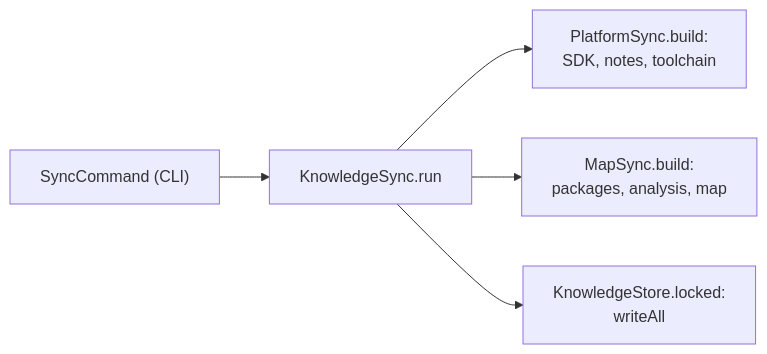
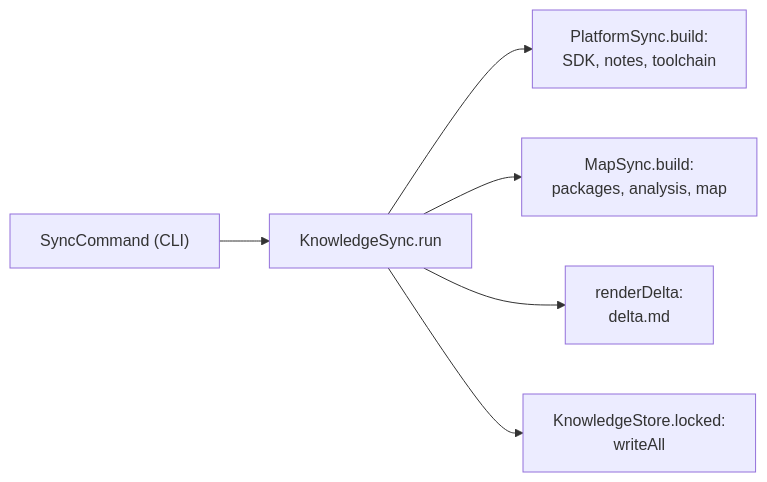
One commit to UTTAM-VAGHASIA/appstein changed the diagram in docs/guide/knowledge-store.md. Above: the diagram before and after it, drawn with Mermaid. The commit also changed other lines of this file and 7 other files, not shown here.

````diff
--- a/docs/guide/knowledge-store.md
+++ b/docs/guide/knowledge-store.md
@@ -29,7 +30,8 @@
 ```mermaid
 flowchart LR
   cli["SyncCommand (CLI)"] --> run["KnowledgeSync.run"]
   run --> platform["PlatformSync.build:<br/>SDK, notes, toolchain"]
   run --> map["MapSync.build:<br/>packages, analysis, map"]
+  run --> delta["renderDelta:<br/>delta.md"]
   run --> store["KnowledgeStore.locked:<br/>writeAll"]
 ```
````
